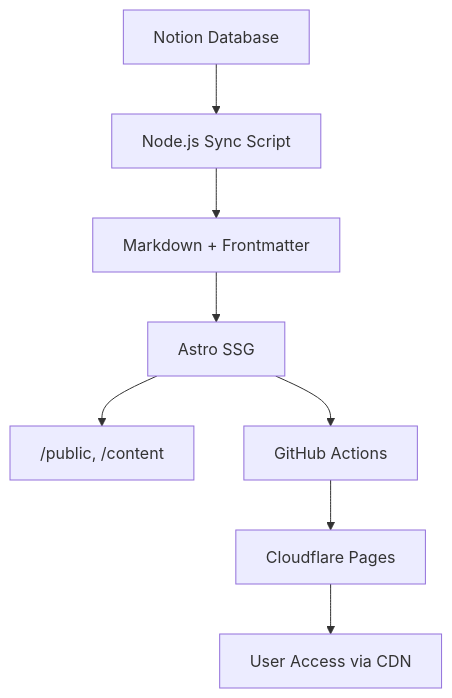
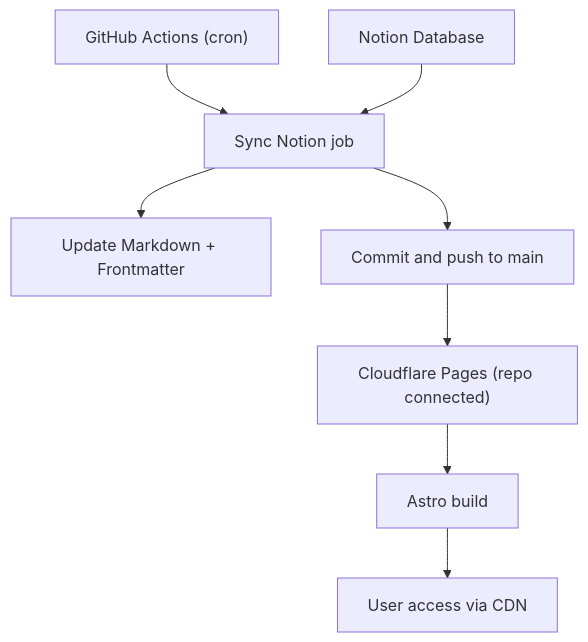
One commit to hamakyo/hamakyo.log changed the second of 2 diagrams in README.md. Above: the diagram before and after it, drawn with Mermaid. The commit also changed other lines of this file, not shown here.

Commit message:
docs(readme): quote Mermaid node labels to fix parse errors

````diff
--- a/README.md
+++ b/README.md
@@ -92,10 +92,10 @@
 ```mermaid
 graph TD
-  Notion[Notion Database] --> SyncScript[Node.js Sync Script]
-  SyncScript --> Markdown[Markdown + Frontmatter]
-  Markdown --> Astro[Astro SSG]
-  Astro --> Assets[ /public, /content ]
-  Astro --> GitHubActions[GitHub Actions]
-  GitHubActions --> Cloudflare[Cloudflare Pages]
-  Cloudflare --> User[User Access via CDN]
+  A["GitHub Actions (cron)"] --> B["Sync Notion job"]
+  N["Notion Database"] --> B
+  B --> C["Update Markdown + Frontmatter"]
+  B --> D["Commit and push to main"]
+  D --> E["Cloudflare Pages (repo connected)"]
+  E --> F["Astro build"]
+  F --> G["User access via CDN"]
 ```
````
